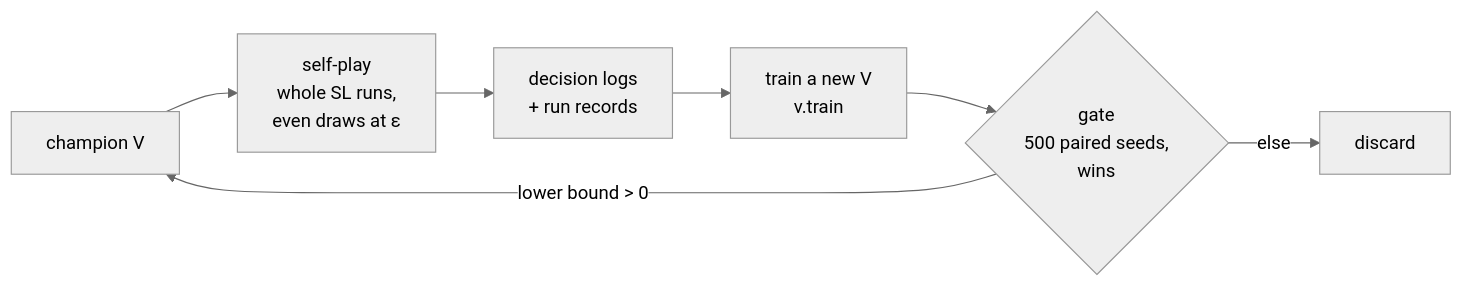
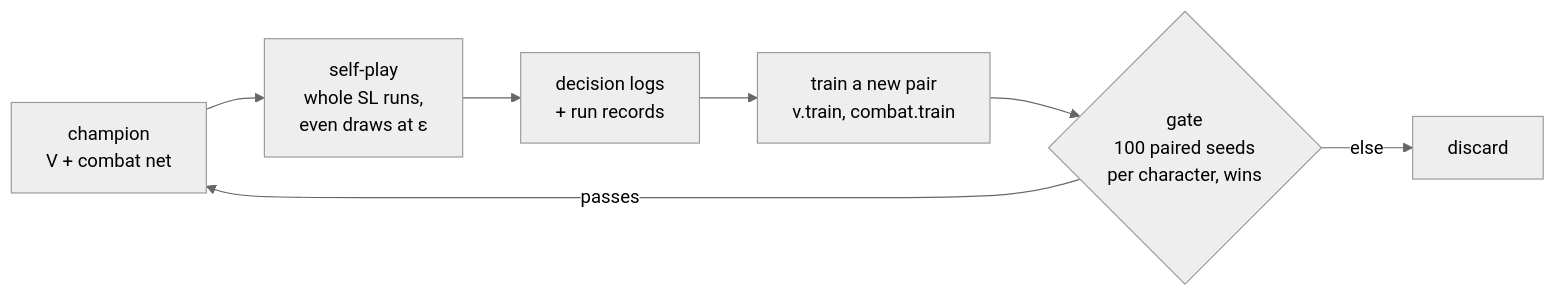
One commit to shinnku-nikaidou/spire-zero changed the diagram in docs/src/content/docs/en/arch/macro-brain/selfplay.mdx. Above: the diagram before and after it, drawn with Mermaid (neutral theme). The commit also changed other lines of this file and 164 other files, not shown here.

````diff
--- a/docs/src/content/docs/en/arch/macro-brain/selfplay.mdx
+++ b/docs/src/content/docs/en/arch/macro-brain/selfplay.mdx
@@ -13,9 +13,9 @@
 ```mermaid
 flowchart LR
-  C["champion V"] --> P["self-play<br/>whole SL runs,<br/>even draws at ε"]
+  C["champion<br/>V + combat net"] --> P["self-play<br/>whole SL runs,<br/>even draws at ε"]
   P --> D["decision logs<br/>+ run records"]
-  D --> T["train a new V<br/>v.train"]
-  T --> G{"gate<br/>500 paired seeds,<br/>wins"}
-  G -->|"lower bound > 0"| C
+  D --> T["train a new pair<br/>v.train, combat.train"]
+  T --> G{"gate<br/>100 paired seeds<br/>per character, wins"}
+  G -->|"passes"| C
   G -->|"else"| X["discard"]
 ```
````
